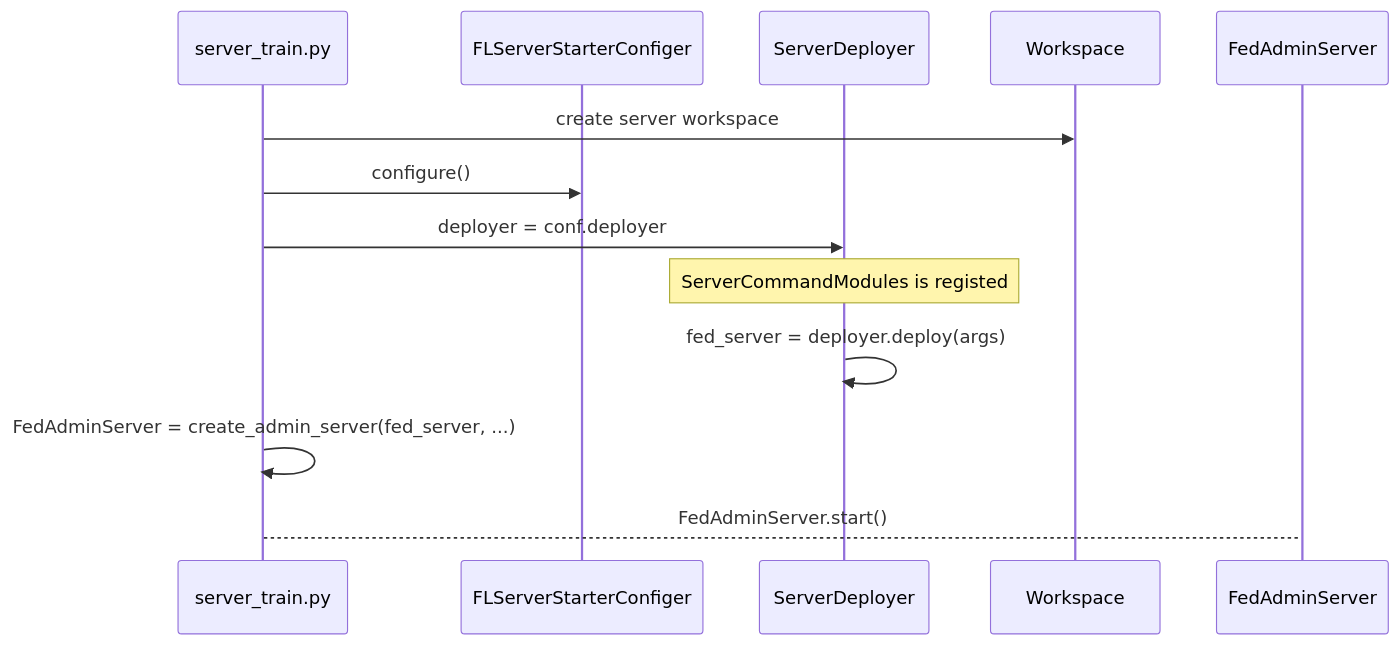
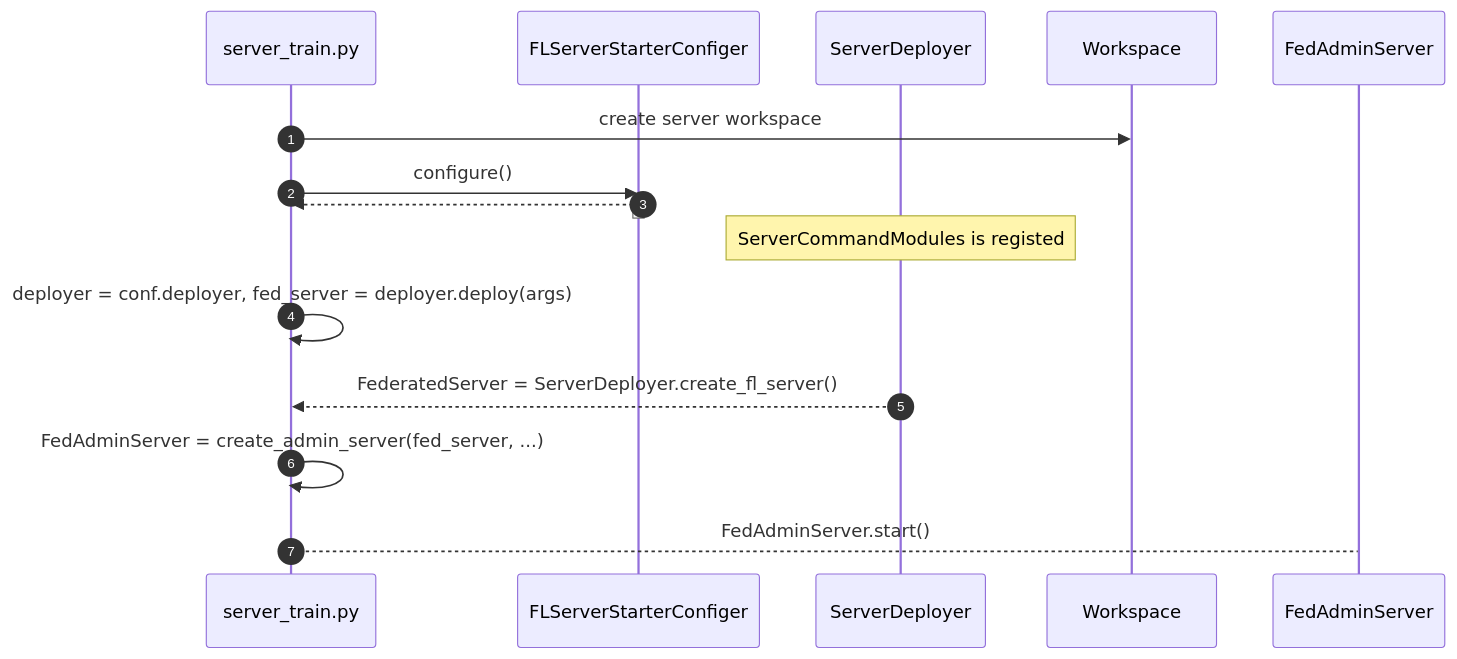
Before and after one commit to hitesh-ag1/NVFlare: the fourth of 16 diagrams in docs/system_state_and_flow/system_workflow.md, drawn with Mermaid. The commit also changed other lines of this file, not shown here.

````diff
--- a/docs/system_state_and_flow/system_workflow.md
+++ b/docs/system_state_and_flow/system_workflow.md
@@ -120,16 +120,21 @@
 ```mermaid
 sequenceDiagram
+   autonumber
     participant server_train.py
     participant FLServerStarterConfiger
     participant ServerDeployer
     participant Workspace
     participant FedAdminServer
+     
+    server_train.py ->> Workspace: create server workspace
+    server_train.py ->>FLServerStarterConfiger: configure()
+    activate FLServerStarterConfiger
+    FLServerStarterConfiger -->> server_train.py: 
+    deactivate FLServerStarterConfiger
     
-    server_train.py ->> Workspace: create server workspace
-    server_train.py ->> FLServerStarterConfiger: configure()
-    server_train.py ->> ServerDeployer: deployer = conf.deployer
     note over ServerDeployer : ServerCommandModules is registed 
-    ServerDeployer ->>  ServerDeployer: fed_server = deployer.deploy(args)
+    server_train.py ->> server_train.py: deployer = conf.deployer, fed_server = deployer.deploy(args)
+    ServerDeployer -->> server_train.py: FederatedServer = ServerDeployer.create_fl_server()
     server_train.py ->> server_train.py: FedAdminServer = create_admin_server(fed_server, ...)
     server_train.py --> FedAdminServer: FedAdminServer.start()
 ```
````
